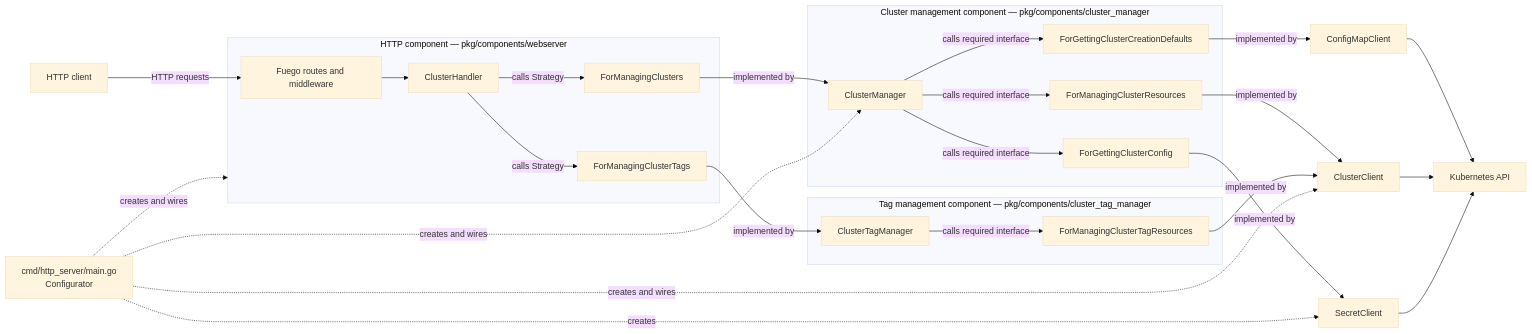
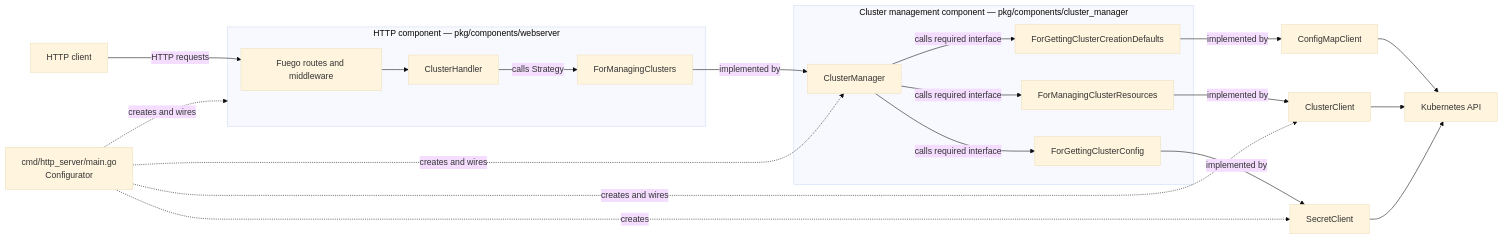
One commit to vatesfr/vmk-engine changed the diagram in architecture.md. Above: the diagram before and after it, drawn with Mermaid (base theme). The commit also changed other lines of this file and 22 other files, not shown here.

First line of the commit message:
refactor: consolidate tag management into clusters

````diff
--- a/architecture.md
+++ b/architecture.md
@@ -53,41 +53,32 @@
 ```mermaid
 flowchart LR
     client[HTTP client] -->|HTTP requests| fuego[Fuego routes and middleware]
 
     subgraph http[HTTP component — pkg/components/webserver]
         fuego --> handlers[ClusterHandler]
         handlers -->|calls Strategy| port[ForManagingClusters]
-        handlers -->|calls Strategy| tagport[ForManagingClusterTags]
     end
 
     subgraph clustercomponent[Cluster management component — pkg/components/cluster_manager]
         manager[ClusterManager]
         clusterport[ForManagingClusterResources]
         configport[ForGettingClusterConfig]
         defaultsport[ForGettingClusterCreationDefaults]
         manager -->|calls required interface| clusterport
         manager -->|calls required interface| configport
         manager -->|calls required interface| defaultsport
     end
 
-    subgraph tagcomponent[Tag management component — pkg/components/cluster_tag_manager]
-        tagmanager[ClusterTagManager]
-        tagresourceport[ForManagingClusterTagResources]
-        tagmanager -->|calls required interface| tagresourceport
-    end
-
     port -->|implemented by| manager
-    tagport -->|implemented by| tagmanager
     clusterport -->|implemented by| clusters[ClusterClient]
-    tagresourceport -->|implemented by| clusters
     configport -->|implemented by| secrets[SecretClient]
     defaultsport -->|implemented by| defaults[ConfigMapClient]
     defaults --> api
     clusters --> api[Kubernetes API]
     secrets --> api
 
     configurator[cmd/http_server/main.go\nConfigurator] -. creates and wires .-> http
     configurator -. creates and wires .-> manager
     configurator -. creates and wires .-> clusters
     configurator -. creates .-> secrets
 ```
````
